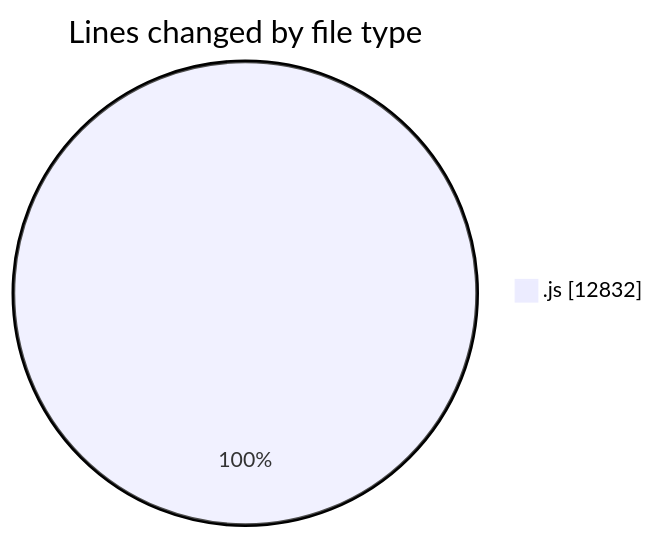
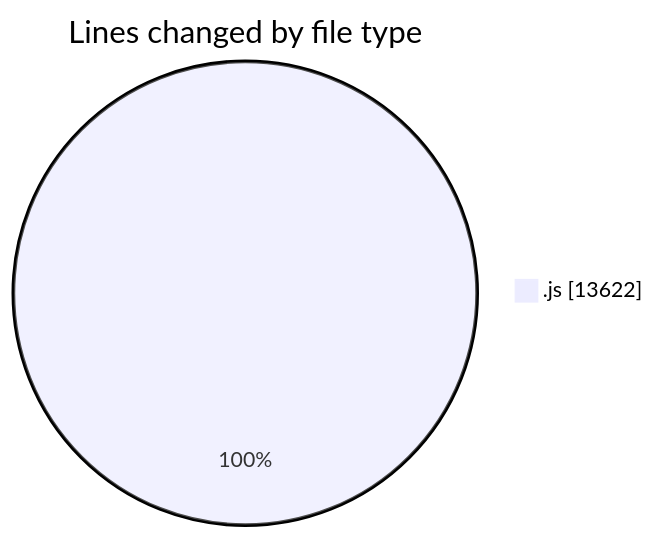
Before and after one commit to nxtqubesakshisongat/code-tracking: the first of 2 diagrams in 2025-12-09/nxtqube_webapp/README.md, drawn with Mermaid. The commit also changed other lines of this file and 1 other file, not shown here.

````diff
--- a/2025-12-09/nxtqube_webapp/README.md
+++ b/2025-12-09/nxtqube_webapp/README.md
@@ -20,5 +20,5 @@
 ```mermaid
 pie showData
 title Lines changed by file type
-".js" : 12832
+".js" : 13622
 ```
````
